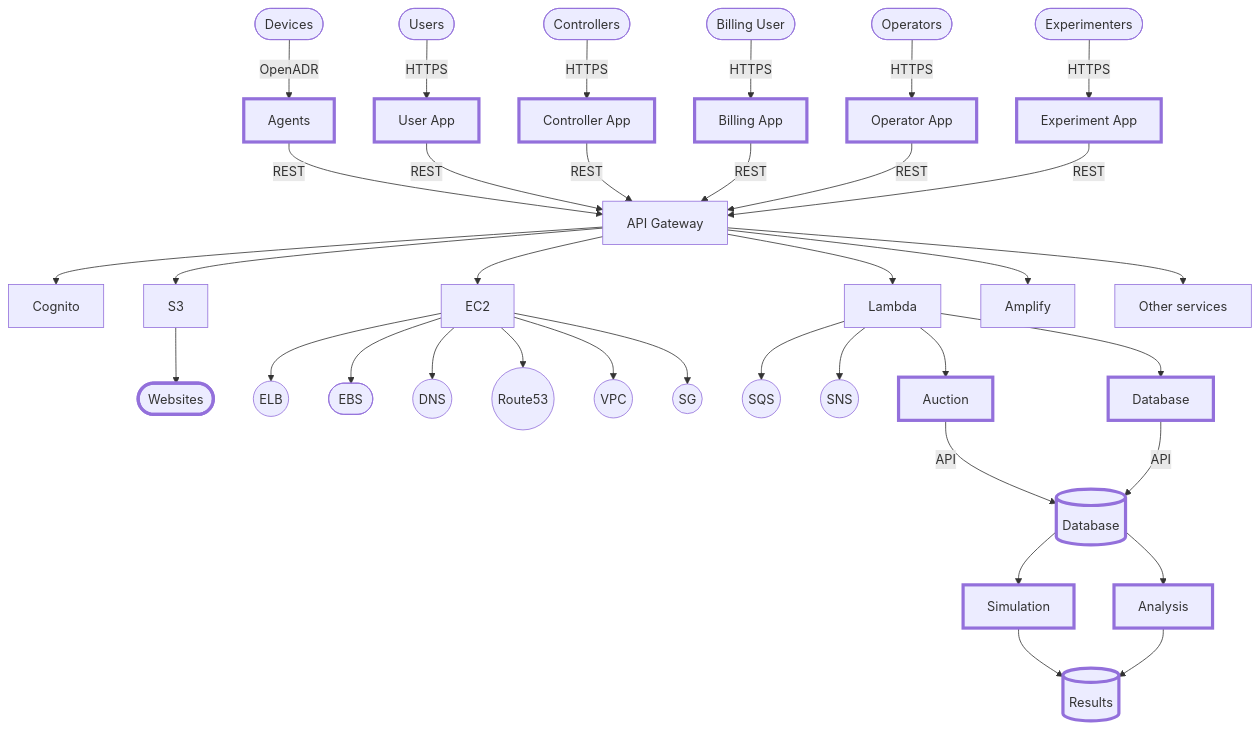
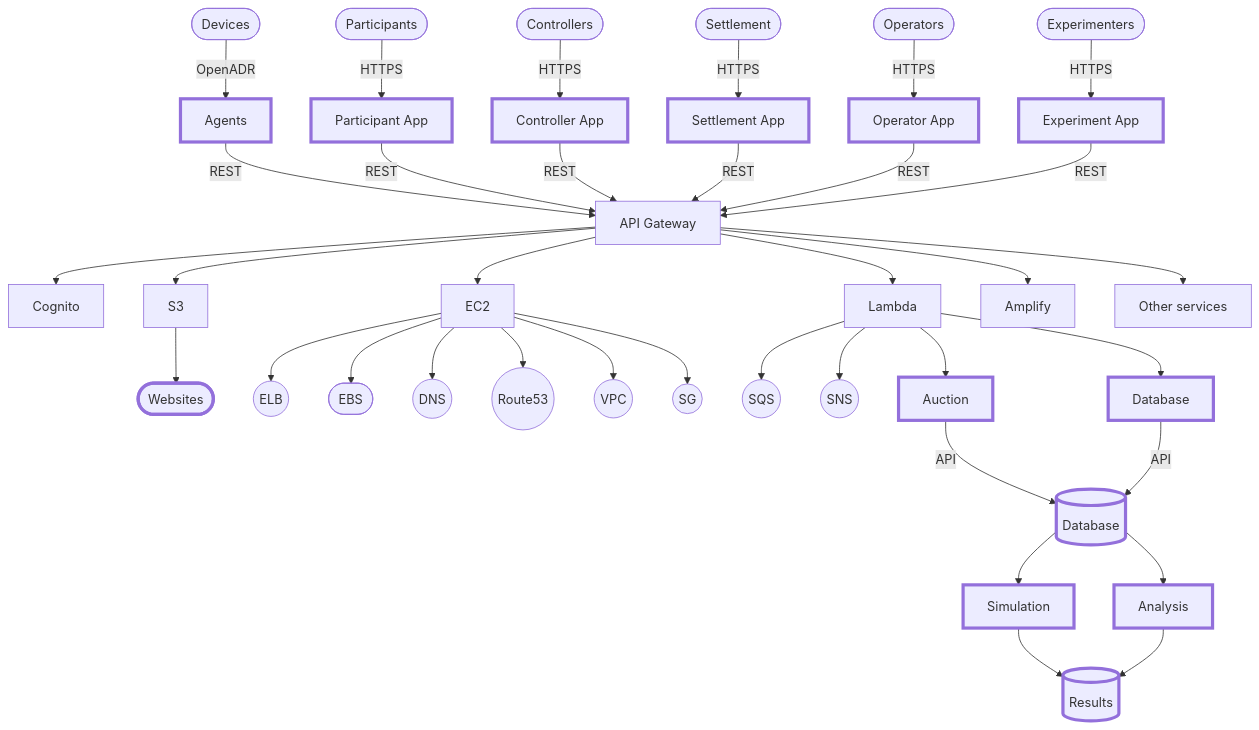
The first of 2 diagrams in docs/README.md (aivanova5/design), drawn with Mermaid before and after one commit. The commit also changed other lines of this file, not shown here.

````diff
--- a/docs/README.md
+++ b/docs/README.md
@@ -2,61 +2,61 @@
 ```mermaid
 flowchart TD
   
   classDef active stroke-width:4px;
 
   devices([Devices]) --OpenADR--> agents  
   agents[Agents]:::active --REST--> gateway[API Gateway]
       click agents "https://github.com/postroad-energy/design/blob/main/docs/agents.md" _blank
 
-  users([Users]) --HTTPS--> user_app[User App]:::active --REST--> gateway
-      click user_app "https://github.com/postroad-energy/design/blob/main/docs/users.md" _blank
+  participant([Participants]) --HTTPS--> participant_app[Participant App]:::active --REST--> gateway
+      click participant_app "https://github.com/postroad-energy/design/blob/main/docs/participants.md" _blank
 
   controllers([Controllers]) --HTTPS--> controller_app[Controller App]:::active --REST--> gateway
       click controller_app "https://github.com/postroad-energy/design/blob/main/docs/controllers.md" _blank
 
-  billing([Billing User]) --HTTPS--> billing_app[Billing App]:::active --REST--> gateway
-      click billing_app "https://github.com/postroad-energy/design/blob/main/docs/billing.md" _blank
+  settlement([Settlement]) --HTTPS--> settlement_app[Settlement App]:::active --REST--> gateway
+      click billing_app "https://github.com/postroad-energy/design/blob/main/docs/settlement.md" _blank
 
   operators([Operators]) --HTTPS--> operator_app[Operator App]:::active --REST--> gateway
       click operator_app "https://github.com/postroad-energy/design/blob/main/docs/operators.md" _blank
 
   experiment([Experimenters]) --HTTPS--> experiment_app[Experiment App]:::active --REST--> gateway
       click experiment_app "https://github.com/postroad-energy/design/blob/main/docs/experimenters.md" _blank
 
   gateway --> auth[Cognito]
   
   gateway --> s3[S3]
     s3 --> websites([Websites]):::active
       click websites "https://github.com/postroad-energy/design/blob/main/docs/websites.md" _blank
   
   gateway --> ec2[EC2]
     ec2 --> elb((ELB))
     ec2 --> ebs([EBS])
     ec2 --> dns((DNS))
     ec2 --> route53((Route53))
     ec2 --> vpc((VPC))
     ec2 --> sg((SG))
   
   gateway --> lambda[Lambda]
     lambda --> sqs((SQS))
     lambda --> sns((SNS))
     lambda --> auction[Auction]:::active
       click auction "https://github.com/postroad-energy/design/blob/main/docs/auction.md" _blank
       auction --API--> database  
     lambda --> db_api[Database]:::active
       click db_api "https://github.com/postroad-energy/design/blob/main/docs/database.md" _blank
       db_api --API--> database[(Database)]:::active
       click database "https://github.com/postroad-energy/design/blob/main/docs/database.md" _blank
       
   gateway --> amplify[Amplify]
   
   gateway --> other[Other services]
   
   database --> simulation[Simulation]:::active --> results[(Results)]:::active
     click simulation "https://github.com/postroad-energy/design/blob/main/docs/simulation.md" _blank
     click results "https://github.com/postroad-energy/design/blob/main/docs/results.md" _blank
   
   database --> analysis[Analysis]:::active --> results
     click analysis "https://github.com/postroad-energy/design/blob/main/docs/analysis.md" _blank
     
 ```
````
